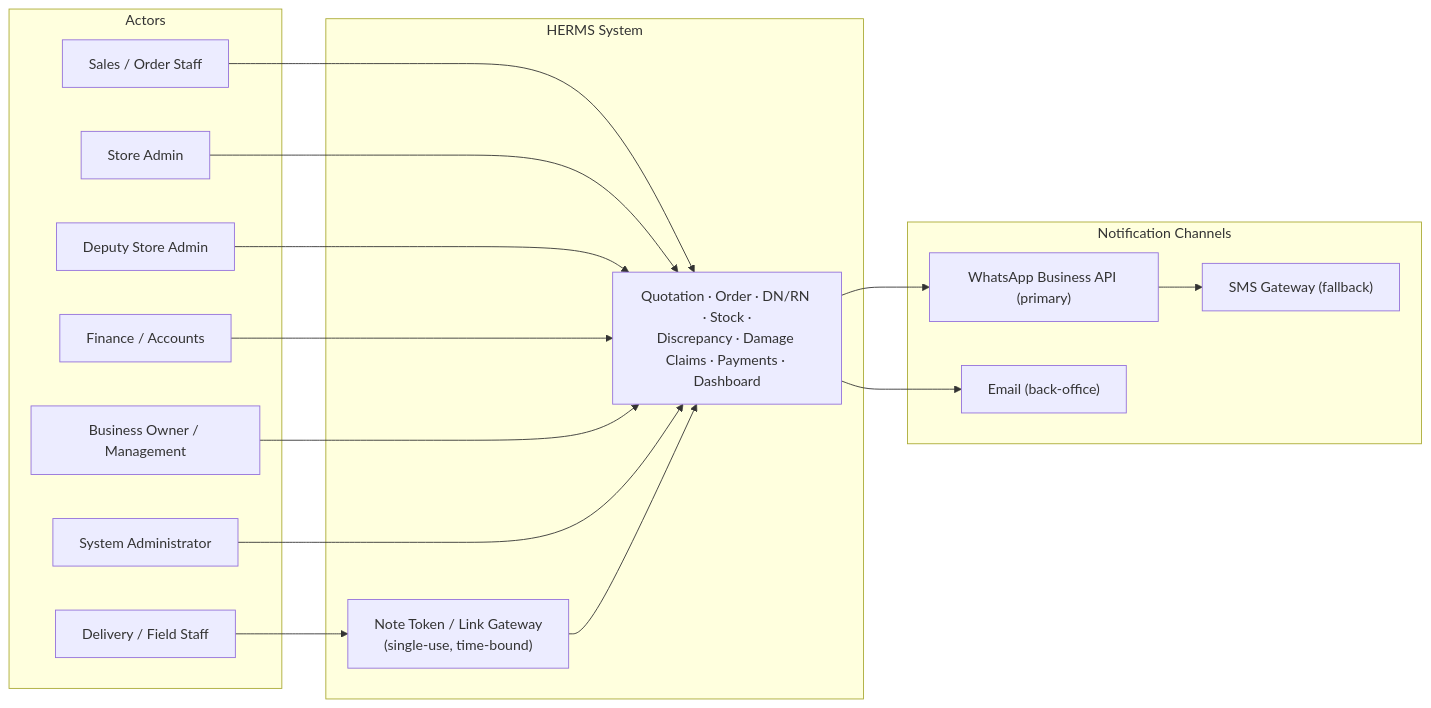
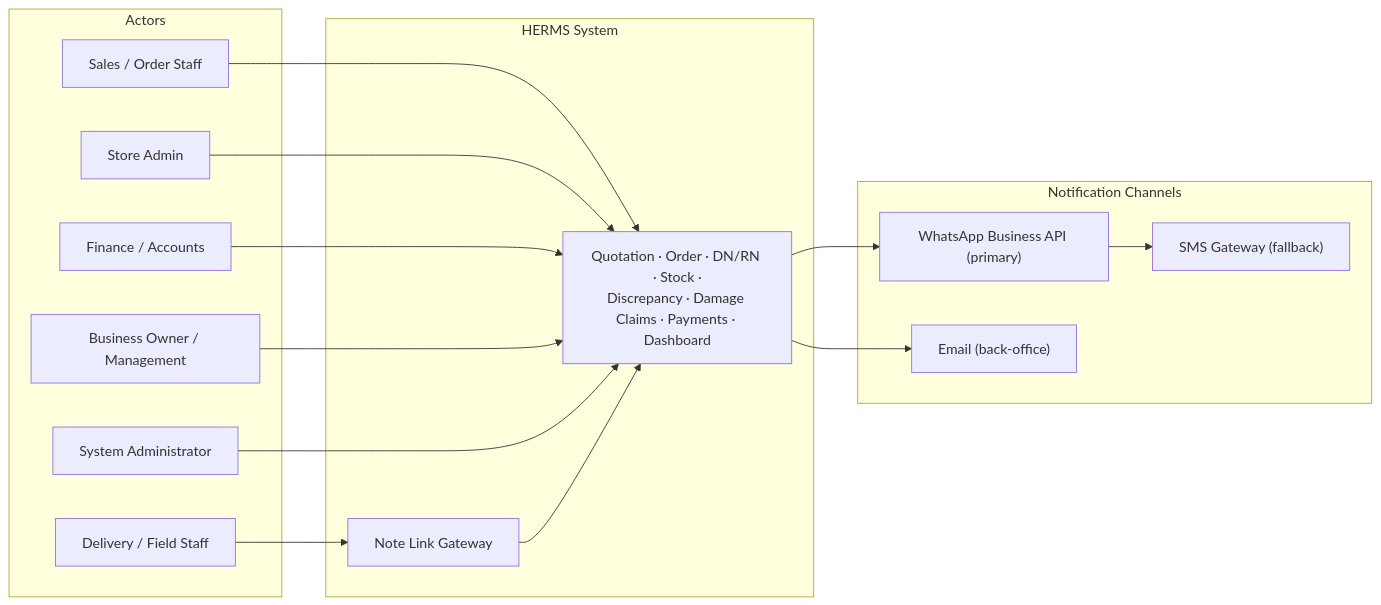
Before and after one commit to yesith-sri/Project-Doc-HERMS: the second of 2 diagrams in Project Overview.md, drawn with Mermaid. The commit also changed other lines of this file and 1 other file, not shown here.

````diff
--- a/Project Overview.md
+++ b/Project Overview.md
@@ -441,31 +416,29 @@
 ```mermaid
 flowchart LR
     subgraph Actors["Actors"]
         BO["Business Owner / Management"]
         SALES["Sales / Order Staff"]
         FIELD["Delivery / Field Staff"]
         SA["Store Admin"]
-        DSA["Deputy Store Admin"]
         FIN["Finance / Accounts"]
         SYS["System Administrator"]
     end
     subgraph HERMS["HERMS System"]
         CORE["Quotation · Order · DN/RN · Stock ·<br>Discrepancy · Damage Claims · Payments · Dashboard"]
-        LINK["Note Token / Link Gateway<br>(single-use, time-bound)"]
+        LINK["Note Link Gateway"]
     end
     subgraph Channels["Notification Channels"]
         WA["WhatsApp Business API (primary)"]
         SMS["SMS Gateway (fallback)"]
         EMAIL["Email (back-office)"]
     end
     SALES --> CORE
     SA --> CORE
-    DSA --> CORE
     FIN --> CORE
     BO --> CORE
     SYS --> CORE
     FIELD --> LINK
     LINK --> CORE
     CORE --> WA --> SMS
     CORE --> EMAIL
 ```
````
